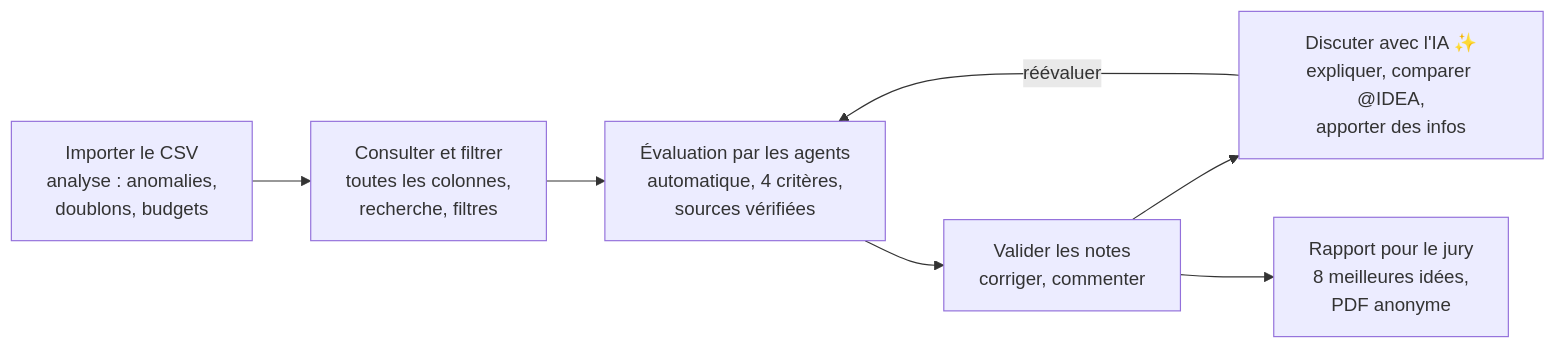
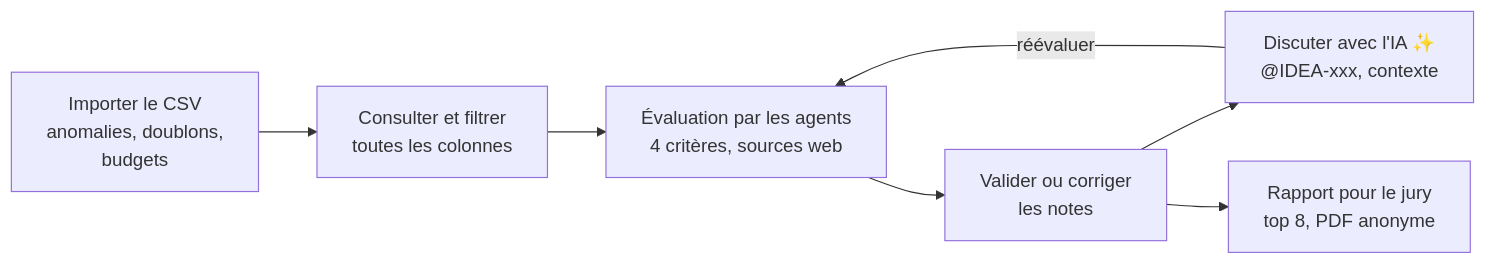
The first of 4 diagrams in README.md (firasayari10/INSKIP-platforme-innovation), drawn with Mermaid before and after one commit. The commit also changed other lines of this file, not shown here.

````diff
--- a/README.md
+++ b/README.md
@@ -121,9 +20,9 @@
 ```mermaid
 flowchart LR
-    A["Importer le CSV<br/>analyse : anomalies,<br/>doublons, budgets"] --> B["Consulter et filtrer<br/>toutes les colonnes,<br/>recherche, filtres"]
-    B --> C["Évaluation par les agents<br/>automatique, 4 critères,<br/>sources vérifiées"]
-    C --> D["Valider les notes<br/>corriger, commenter"]
-    D --> E["Discuter avec l'IA ✨<br/>expliquer, comparer @IDEA,<br/>apporter des infos"]
+    A["Importer le CSV<br/>anomalies, doublons,<br/>budgets"] --> B["Consulter et filtrer<br/>toutes les colonnes"]
+    B --> C["Évaluation par les agents<br/>4 critères, sources web"]
+    C --> D["Valider ou corriger<br/>les notes"]
+    D --> E["Discuter avec l'IA ✨<br/>@IDEA-xxx, contexte"]
     E -->|réévaluer| C
-    D --> F["Rapport pour le jury<br/>8 meilleures idées,<br/>PDF anonyme"]
+    D --> F["Rapport pour le jury<br/>top 8, PDF anonyme"]
 ```
````
